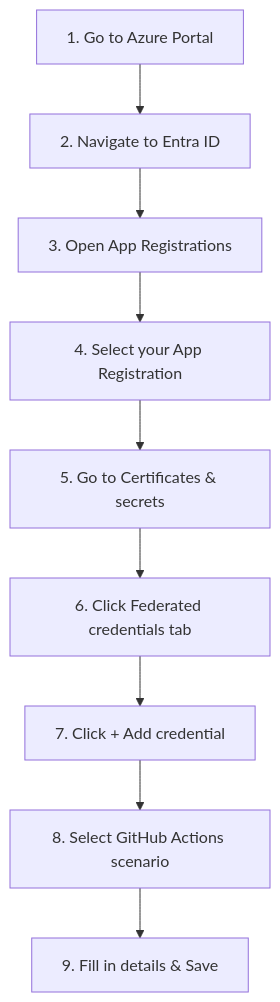
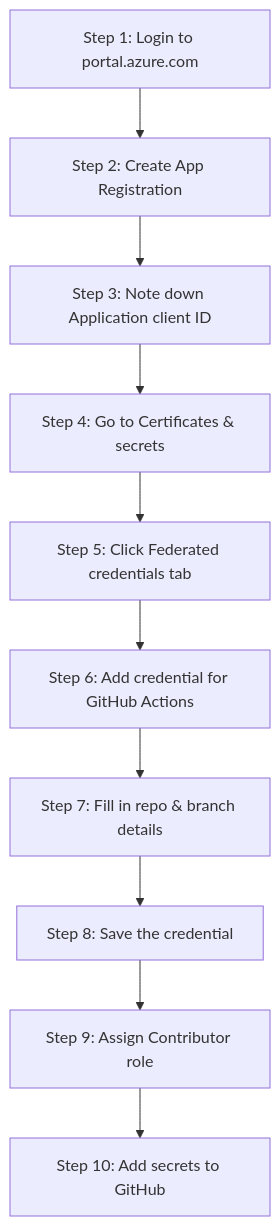
The ninth of 12 diagrams in README.md (kalal-shivakumar/Sahasra-Learnings), drawn with Mermaid before and after one commit. The commit also changed other lines of this file, not shown here.

Commit message:
Update README with detailed manual Azure Portal federated credentials guide for ram09

````diff
--- a/README.md
+++ b/README.md
@@ -383,11 +383,12 @@
 ```mermaid
 graph TD
-    A["1. Go to Azure Portal"] --> B["2. Navigate to Entra ID"]
-    B --> C["3. Open App Registrations"]
-    C --> D["4. Select your App Registration"]
-    D --> E["5. Go to Certificates & secrets"]
-    E --> F["6. Click Federated credentials tab"]
-    F --> G["7. Click + Add credential"]
-    G --> H["8. Select GitHub Actions scenario"]
-    H --> I["9. Fill in details & Save"]
+    A["Step 1: Login to portal.azure.com"] --> B["Step 2: Create App Registration"]
+    B --> C["Step 3: Note down Application client ID"]
+    C --> D["Step 4: Go to Certificates & secrets"]
+    D --> E["Step 5: Click Federated credentials tab"]
+    E --> F["Step 6: Add credential for GitHub Actions"]
+    F --> G["Step 7: Fill in repo & branch details"]
+    G --> H["Step 8: Save the credential"]
+    H --> I["Step 9: Assign Contributor role"]
+    I --> J["Step 10: Add secrets to GitHub"]
 ```
````
